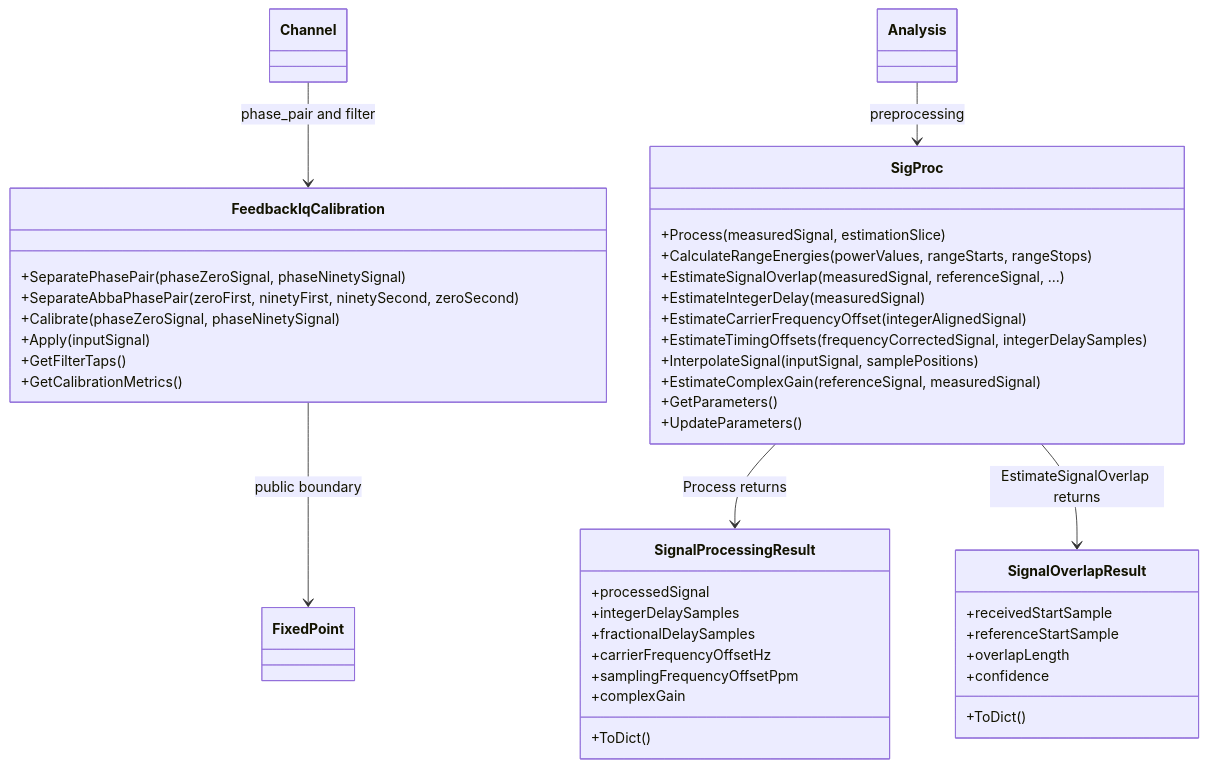
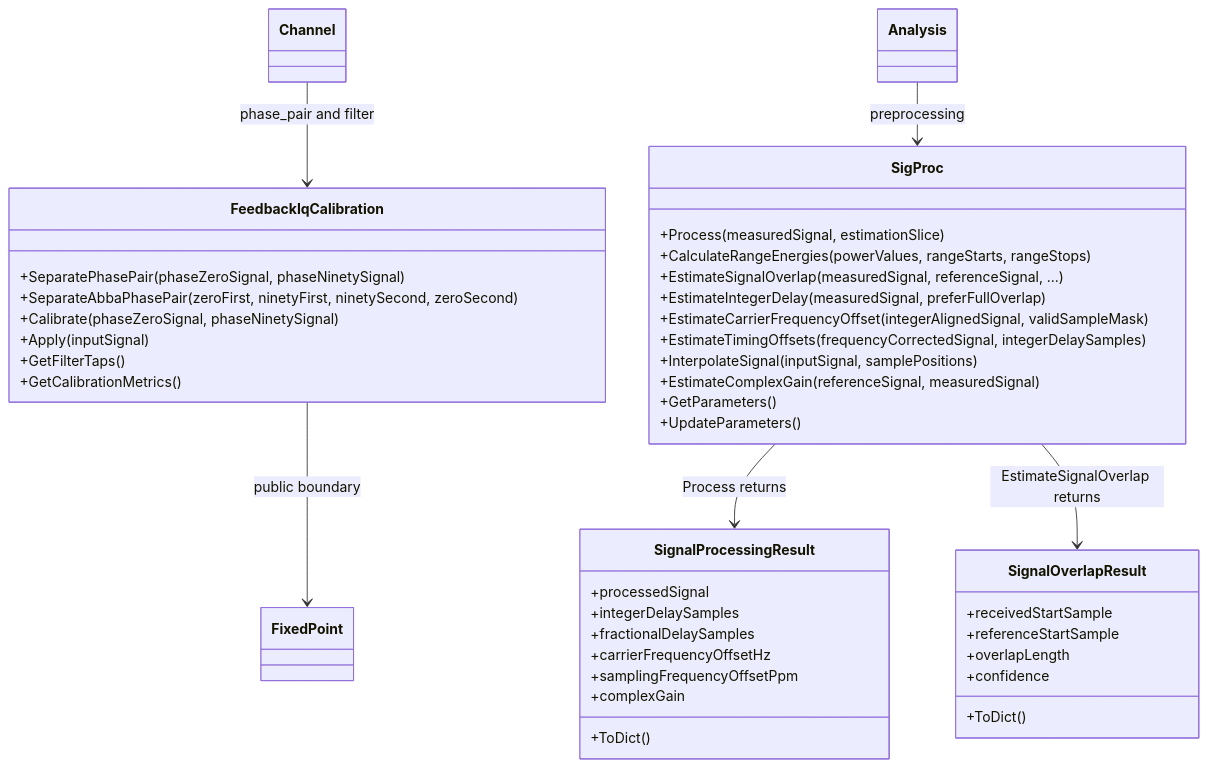
The fourth of 8 diagrams in doc/SigProc.md (niyilu45/DPD_ILC), drawn with Mermaid before and after one commit. The commit also changed other lines of this file and 8 other files, not shown here.

````diff
--- a/doc/SigProc.md
+++ b/doc/SigProc.md
@@ -818,44 +822,44 @@
 ```mermaid
 classDiagram
     class SigProc {
         +Process(measuredSignal, estimationSlice)
         +CalculateRangeEnergies(powerValues, rangeStarts, rangeStops)
         +EstimateSignalOverlap(measuredSignal, referenceSignal, ...)
-        +EstimateIntegerDelay(measuredSignal)
-        +EstimateCarrierFrequencyOffset(integerAlignedSignal)
+        +EstimateIntegerDelay(measuredSignal, preferFullOverlap)
+        +EstimateCarrierFrequencyOffset(integerAlignedSignal, validSampleMask)
         +EstimateTimingOffsets(frequencyCorrectedSignal, integerDelaySamples)
         +InterpolateSignal(inputSignal, samplePositions)
         +EstimateComplexGain(referenceSignal, measuredSignal)
         +GetParameters()
         +UpdateParameters()
     }
     class SignalProcessingResult {
         +processedSignal
         +integerDelaySamples
         +fractionalDelaySamples
         +carrierFrequencyOffsetHz
         +samplingFrequencyOffsetPpm
         +complexGain
         +ToDict()
     }
     class SignalOverlapResult {
         +receivedStartSample
         +referenceStartSample
         +overlapLength
         +confidence
         +ToDict()
     }
     class FeedbackIqCalibration {
         +SeparatePhasePair(phaseZeroSignal, phaseNinetySignal)
         +SeparateAbbaPhasePair(zeroFirst, ninetyFirst, ninetySecond, zeroSecond)
         +Calibrate(phaseZeroSignal, phaseNinetySignal)
         +Apply(inputSignal)
         +GetFilterTaps()
         +GetCalibrationMetrics()
     }
     SigProc --> SignalProcessingResult : Process returns
     SigProc --> SignalOverlapResult : EstimateSignalOverlap returns
     FeedbackIqCalibration --> FixedPoint : public boundary
     Channel --> FeedbackIqCalibration : phase_pair and filter
     Analysis --> SigProc : preprocessing
 ```
````
